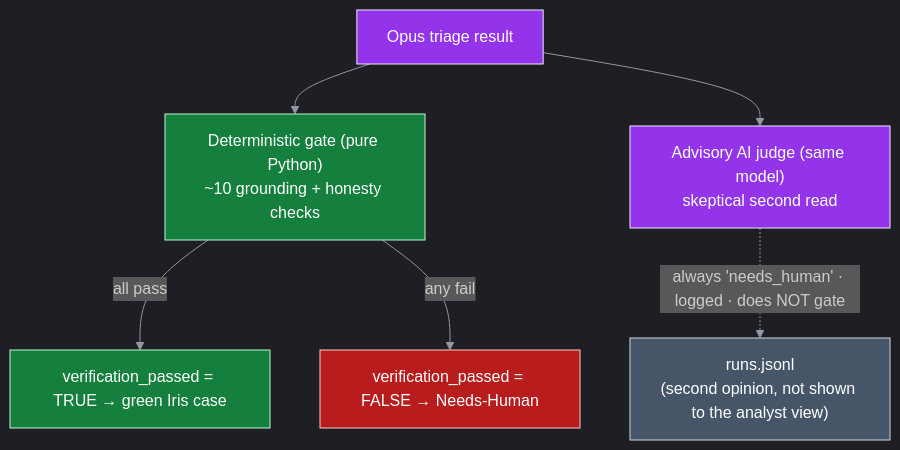
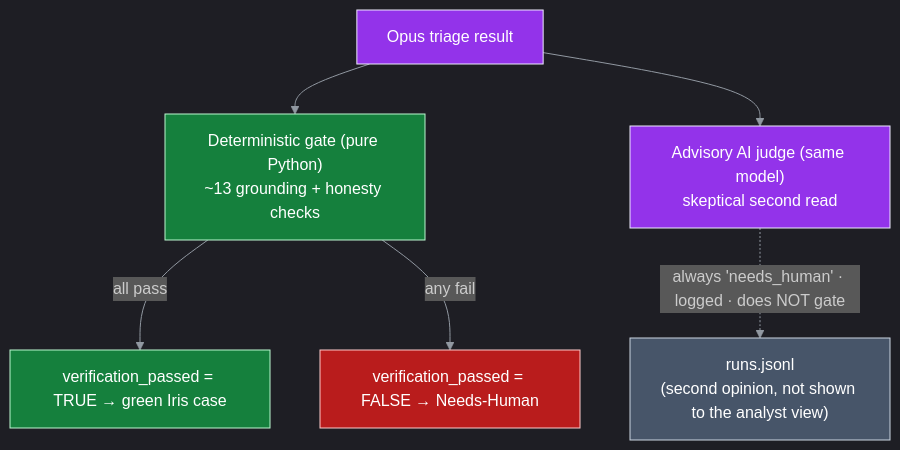
Before and after one commit to Armando-ic/soc-automation-honeypot-project: the third of 5 diagrams in infra/honeypot/ARCHITECTURE.md, drawn with Mermaid. The commit also changed other lines of this file and 4 other files, not shown here.

````diff
--- a/infra/honeypot/ARCHITECTURE.md
+++ b/infra/honeypot/ARCHITECTURE.md
@@ -212,17 +212,17 @@
 ```mermaid
 %%{init: {'theme':'dark','themeVariables':{'lineColor':'#9198a1'}}}%%
 flowchart TB
-  TR["Opus triage result"] --> DET["Deterministic gate (pure Python)<br/>~10 grounding + honesty checks"]
+  TR["Opus triage result"] --> DET["Deterministic gate (pure Python)<br/>~13 grounding + honesty checks"]
   TR --> JG["Advisory AI judge (same model)<br/>skeptical second read"]
   DET -->|all pass| PASS["verification_passed = TRUE → green Iris case"]
   DET -->|any fail| FAIL["verification_passed = FALSE → Needs-Human"]
   JG -.->|"always 'needs_human' · logged · does NOT gate"| LOG["runs.jsonl<br/>(second opinion, not shown to the analyst view)"]
   classDef llm fill:#9333ea,stroke:#ede9fe,color:#fff
   classDef good fill:#15803d,stroke:#bbf7d0,color:#fff
   classDef fail fill:#b91c1c,stroke:#fecaca,color:#fff
   classDef ext fill:#475569,stroke:#cbd5e1,color:#fff
   class TR,JG llm
   class DET,PASS good
   class FAIL fail
   class LOG ext
 ```
````
